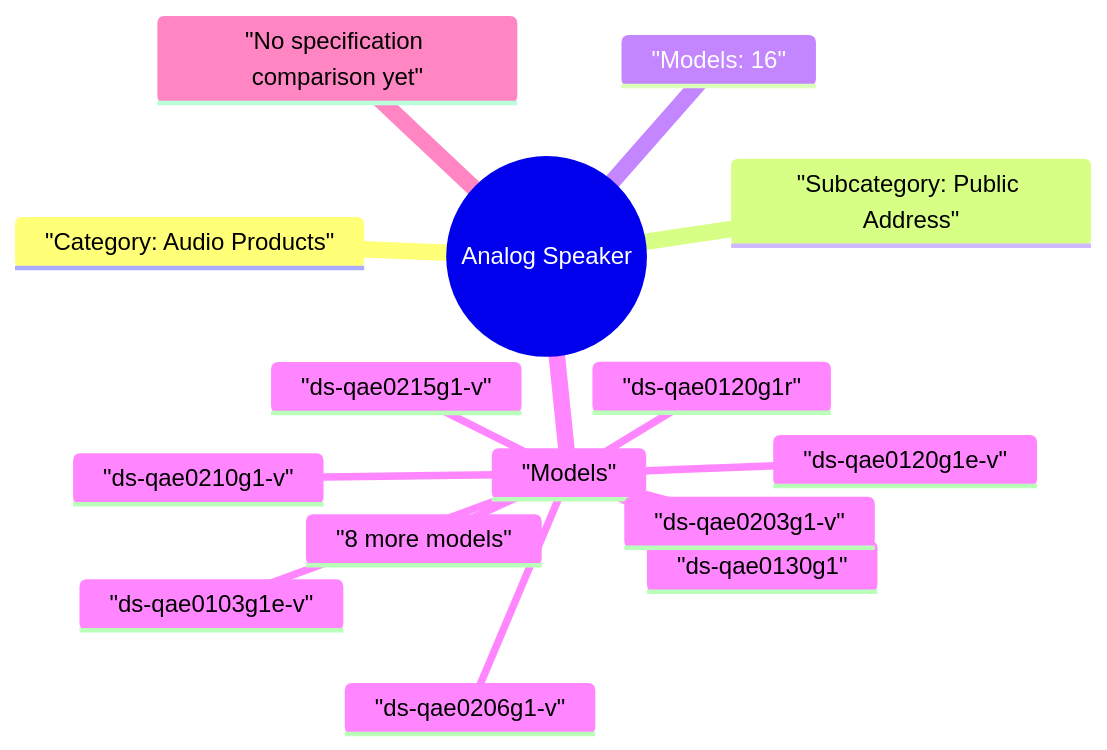
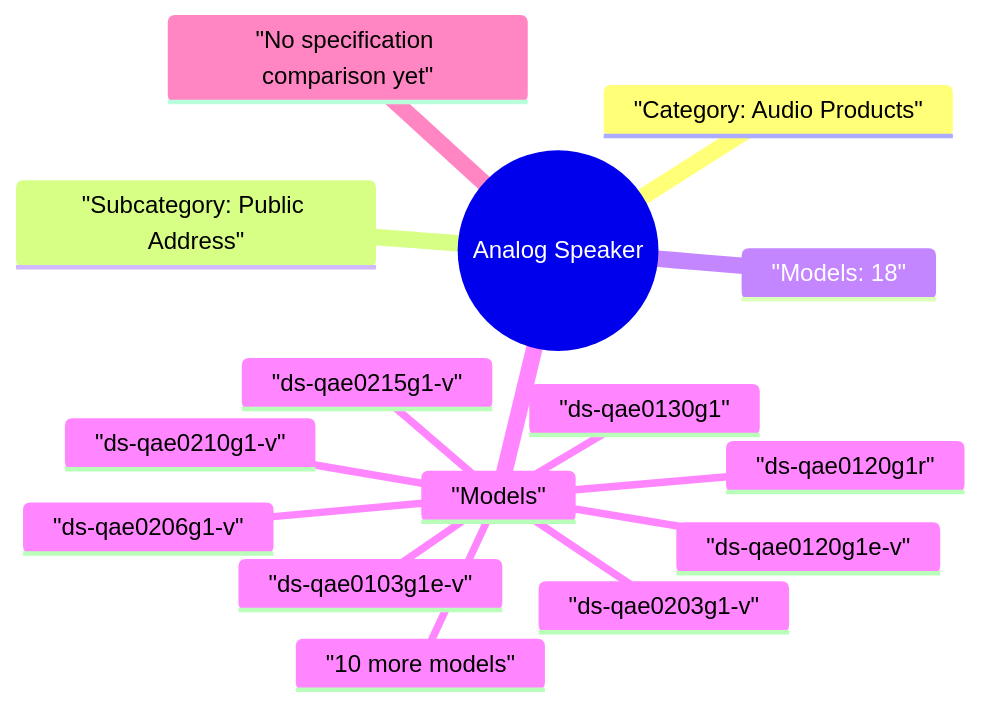
Before and after one commit to 123321step/hikvision-product-map: the diagram in site/mindmaps/en-audio-products-public-address-analog-speaker.mmd, drawn with Mermaid. The commit also changed 136 other files, not shown here.

```diff
--- a/site/mindmaps/en-audio-products-public-address-analog-speaker.mmd
+++ b/site/mindmaps/en-audio-products-public-address-analog-speaker.mmd
@@ -1,16 +1,16 @@
 mindmap
   root(("Analog Speaker"))
     "Category: Audio Products"
     "Subcategory: Public Address"
-    "Models: 16"
+    "Models: 18"
     "Models"
       "ds-qae0103g1e-v"
       "ds-qae0120g1e-v"
       "ds-qae0120g1r"
       "ds-qae0130g1"
       "ds-qae0203g1-v"
       "ds-qae0206g1-v"
       "ds-qae0210g1-v"
       "ds-qae0215g1-v"
-      "8 more models"
+      "10 more models"
     "No specification comparison yet"
```
